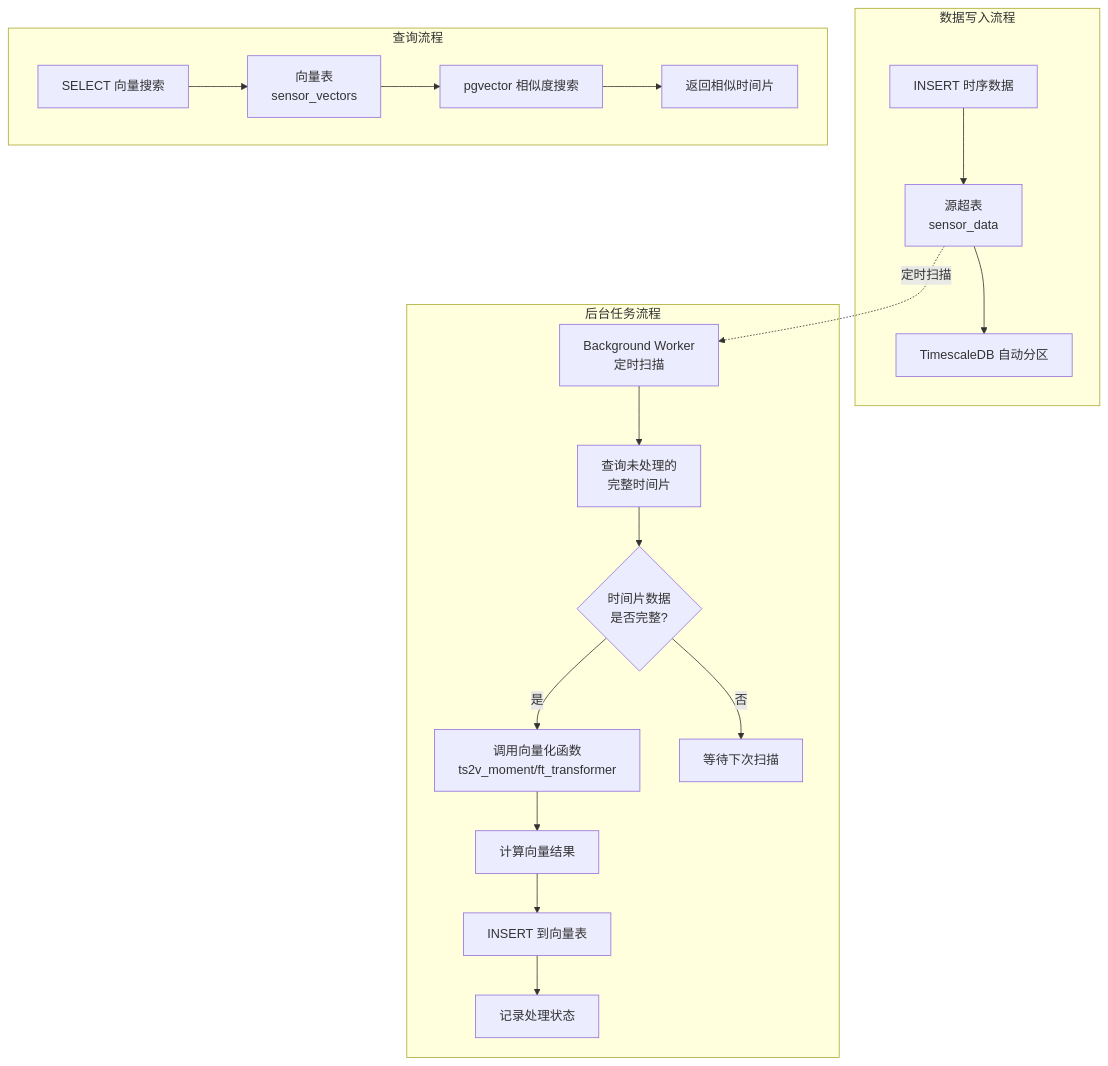
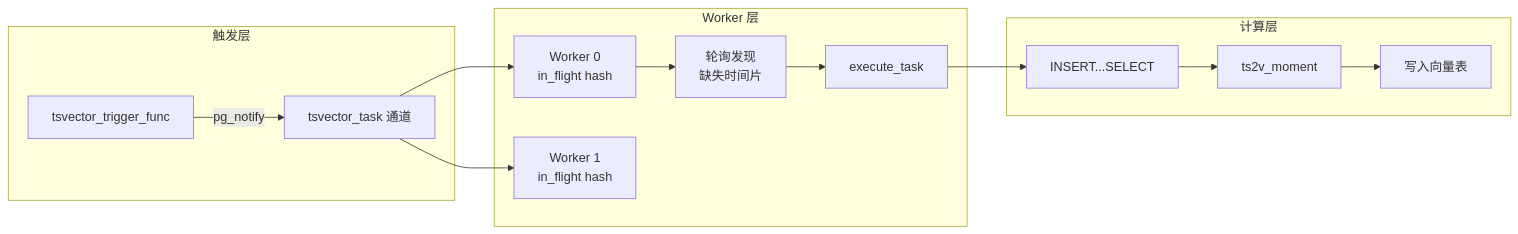
The fourth of 5 diagrams in doc/predict/timeseries_vector_design.md (ZhongChaoqiang/postgres), drawn with Mermaid before and after one commit. The commit also changed other lines of this file and 7 other files, not shown here.

````diff
--- a/doc/predict/timeseries_vector_design.md
+++ b/doc/predict/timeseries_vector_design.md
@@ -194,25 +1027,17 @@
 ```mermaid
-graph TB
-    subgraph "数据写入流程"
-        A[INSERT 时序数据] --> B[源超表<br/>sensor_data]
-        B --> C[TimescaleDB 自动分区]
+flowchart LR
+    subgraph 触发层
+        A[tsvector_trigger_func] -->|pg_notify| B[tsvector_task 通道]
     end
-
-    subgraph "后台任务流程"
-        D[Background Worker<br/>定时扫描] --> E[查询未处理的<br/>完整时间片]
-        E --> F{时间片数据<br/>是否完整?}
-        F -->|是| G[调用向量化函数<br/>ts2v_moment/ft_transformer]
-        G --> H[计算向量结果]
-        H --> I[INSERT 到向量表]
-        F -->|否| J[等待下次扫描]
-        I --> K[记录处理状态]
+    subgraph Worker 层
+        B --> C[Worker 0<br/>in_flight hash]
+        B --> D[Worker 1<br/>in_flight hash]
+        C --> E[轮询发现<br/>缺失时间片]
+        E --> F[execute_task]
     end
-
-    subgraph "查询流程"
-        L[SELECT 向量搜索] --> M[向量表<br/>sensor_vectors]
-        M --> N[pgvector 相似度搜索]
-        N --> O[返回相似时间片]
+    subgraph 计算层
+        F --> G[INSERT...SELECT]
+        G --> H[ts2v_moment]
+        H --> I[写入向量表]
     end
-
-    B -.->|定时扫描| D
 ```
````
